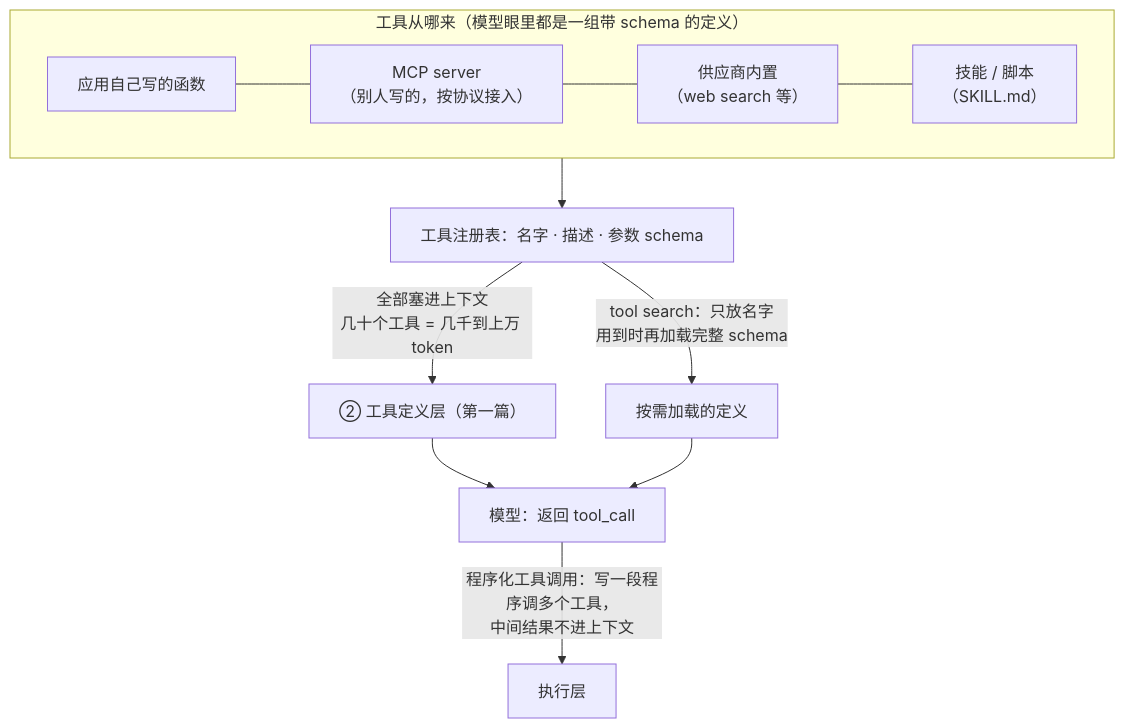
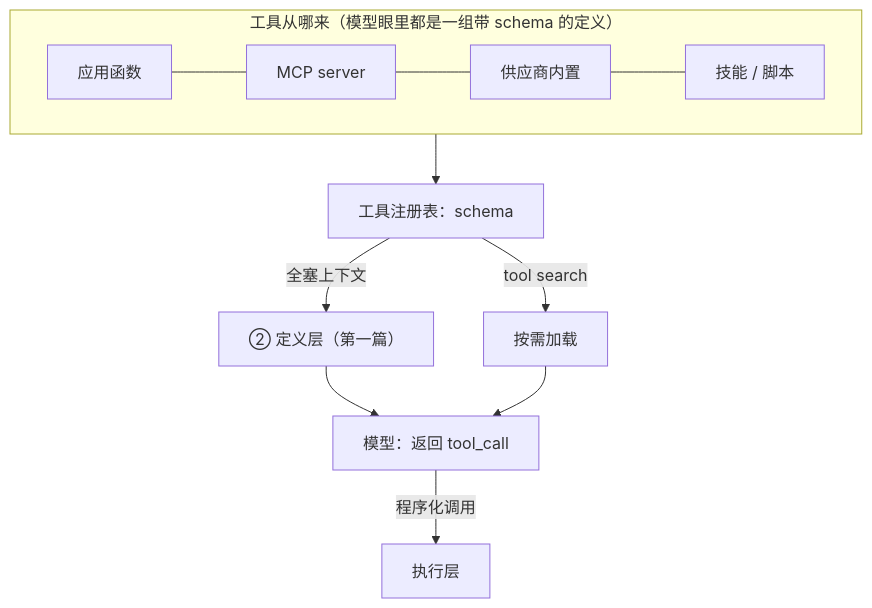
The third of 9 diagrams in slides/2026-10-29-agent-and-harness.md (arganzheng/arganzheng.github.com), drawn with Mermaid before and after one commit. The commit also changed other lines of this file, not shown here.

Commit message:
slides/agent-and-harness: cut/shorten mermaid diagrams below 14px rendered text (check-render smalltext/overlap)

````diff
--- a/slides/2026-10-29-agent-and-harness.md
+++ b/slides/2026-10-29-agent-and-harness.md
@@ -87,14 +87,14 @@
 ```mermaid
 %%{init: {"flowchart": {"wrappingWidth": 460}}}%%
 flowchart TB
     subgraph SRC["工具从哪来（模型眼里都是一组带 schema 的定义）"]
         direction LR
-        S1["应用自己写的函数"] --- S2["MCP server<br/>（别人写的，按协议接入）"] --- S3["供应商内置<br/>（web search 等）"] --- S4["技能 / 脚本<br/>（SKILL.md）"]
+        S1["应用函数"] --- S2["MCP server"] --- S3["供应商内置"] --- S4["技能 / 脚本"]
     end
-    SRC --> REG["工具注册表：名字 · 描述 · 参数 schema"]
-    REG -- "全部塞进上下文<br/>几十个工具 = 几千到上万 token" --> CTX1["② 工具定义层（第一篇）"]
-    REG -- "tool search：只放名字<br/>用到时再加载完整 schema" --> CTX2["按需加载的定义"]
+    SRC --> REG["工具注册表：schema"]
+    REG -- "全塞上下文" --> CTX1["② 定义层（第一篇）"]
+    REG -- "tool search" --> CTX2["按需加载"]
     CTX1 & CTX2 --> MD["模型：返回 tool_call"]
-    MD -- "程序化工具调用：写一段程序调多个工具，<br/>中间结果不进上下文" --> EX["执行层"]
+    MD -- "程序化调用" --> EX["执行层"]
 
 ```
````
